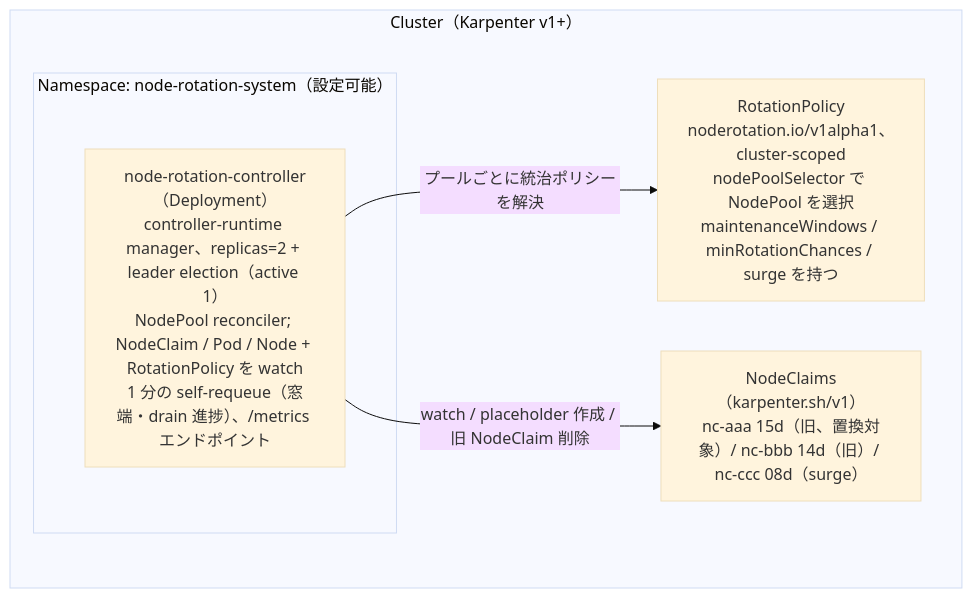
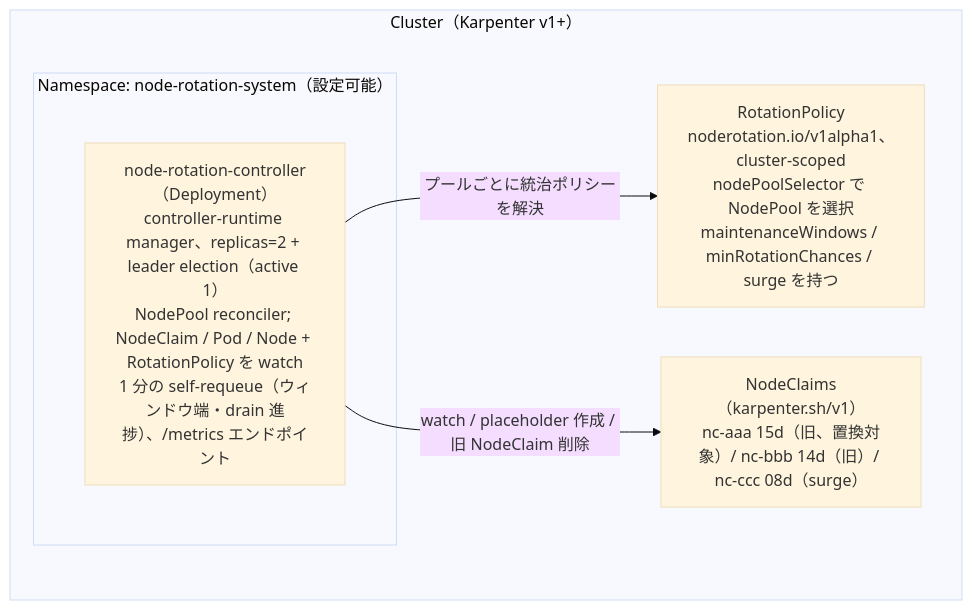
One commit to AkashiSN/node-rotation-controller changed the first of 3 diagrams in docs/ja/specification/05-implementation.md. Above: the diagram before and after it, drawn with Mermaid (base theme). The commit also changed other lines of this file and 10 other files, not shown here.

````diff
--- a/docs/ja/specification/05-implementation.md
+++ b/docs/ja/specification/05-implementation.md
@@ -5,12 +5,12 @@
 ```mermaid
 flowchart TD
     subgraph cluster["Cluster（Karpenter v1+）"]
         subgraph ns["Namespace: node-rotation-system（設定可能）"]
-            ctrl["node-rotation-controller（Deployment）<br/>controller-runtime manager、replicas=2 + leader election（active 1）<br/>NodePool reconciler; NodeClaim / Pod / Node + RotationPolicy を watch<br/>1 分の self-requeue（窓端・drain 進捗）、/metrics エンドポイント"]
+            ctrl["node-rotation-controller（Deployment）<br/>controller-runtime manager、replicas=2 + leader election（active 1）<br/>NodePool reconciler; NodeClaim / Pod / Node + RotationPolicy を watch<br/>1 分の self-requeue（ウィンドウ端・drain 進捗）、/metrics エンドポイント"]
         end
         rp["RotationPolicy<br/>noderotation.io/v1alpha1、cluster-scoped<br/>nodePoolSelector で NodePool を選択<br/>maintenanceWindows / minRotationChances / surge を持つ"]
         nc["NodeClaims（karpenter.sh/v1）<br/>nc-aaa 15d（旧、置換対象）/ nc-bbb 14d（旧）/ nc-ccc 08d（surge）"]
     end
     ctrl -->|"プールごとに統治ポリシーを解決"| rp
     ctrl -->|"watch / placeholder 作成 / 旧 NodeClaim 削除"| nc
 ```
````
